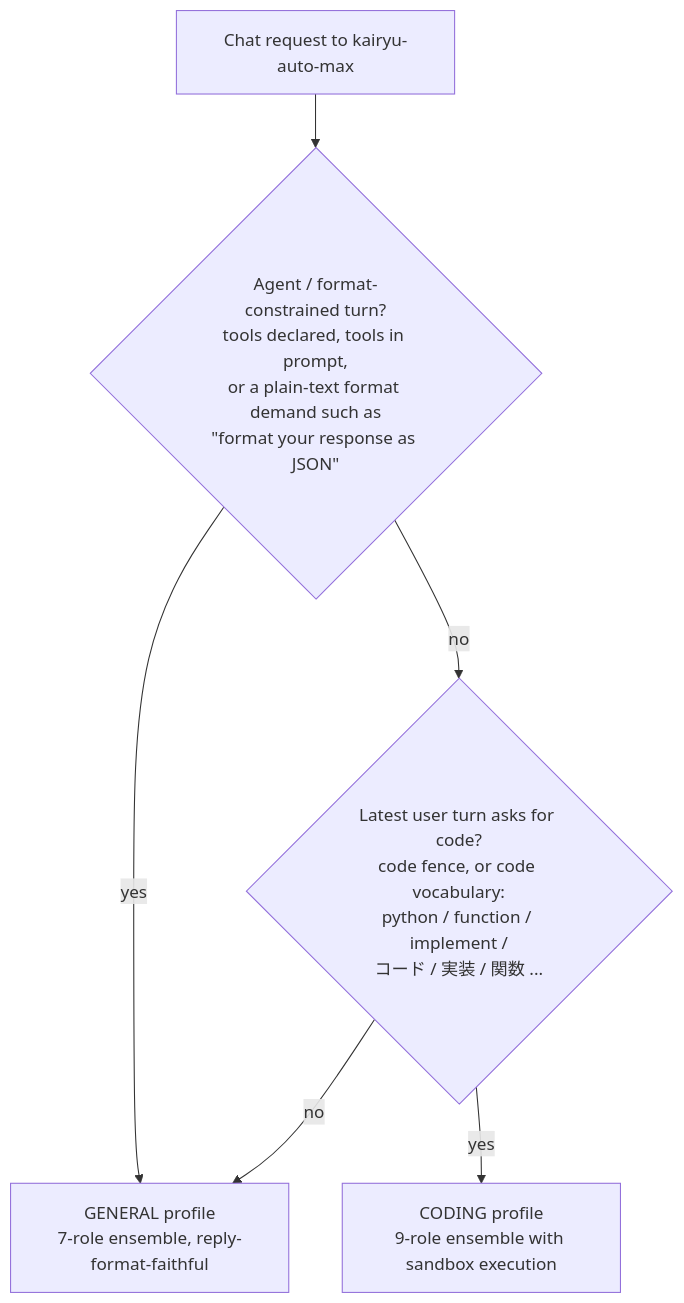
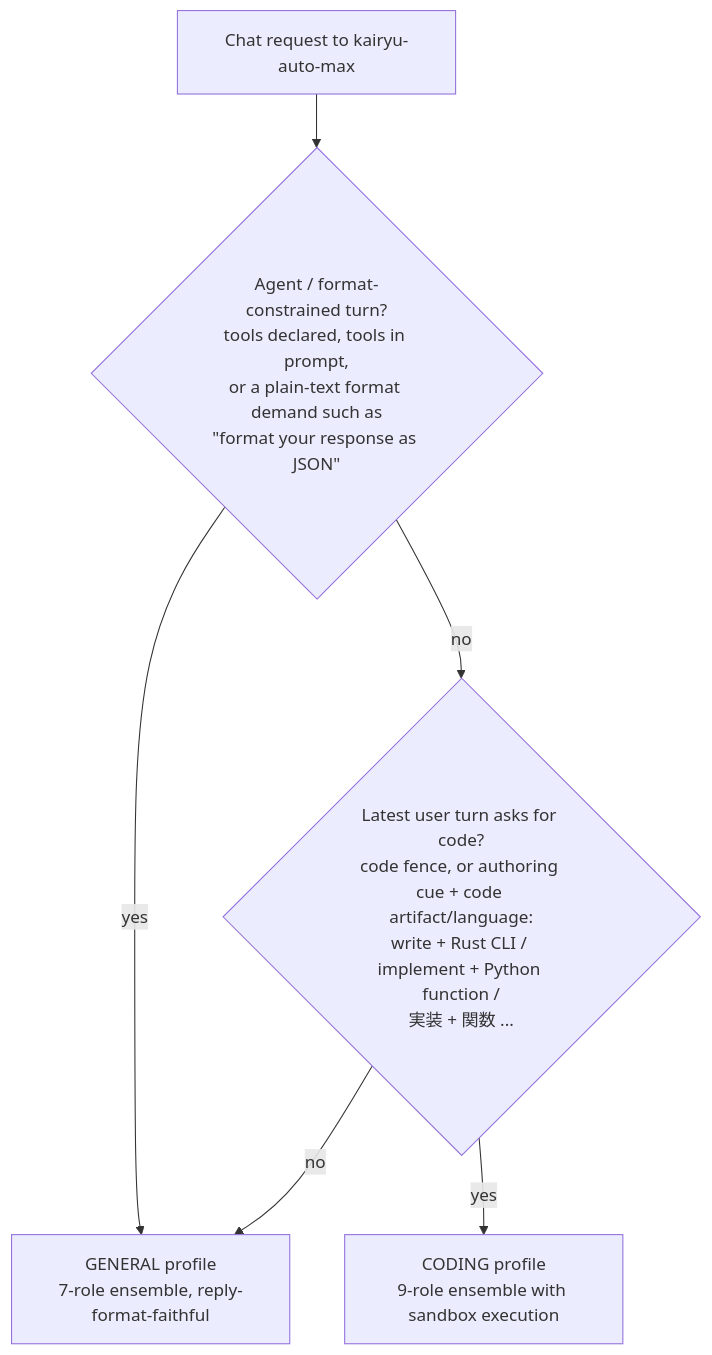
One commit to ytworks/kairyu changed the first of 3 diagrams in examples/qwen3.8-deepseek-v4-8gpu/README.md. Above: the diagram before and after it, drawn with Mermaid. The commit also changed other lines of this file and 4 other files, not shown here.

Commit message:
fix(orchestration): require explicit code authoring intent

````diff
--- a/examples/qwen3.8-deepseek-v4-8gpu/README.md
+++ b/examples/qwen3.8-deepseek-v4-8gpu/README.md
@@ -39,8 +39,8 @@
 ```mermaid
 flowchart TD
     R["Chat request to kairyu-auto-max"] --> A{"Agent / format-constrained turn?<br/>tools declared, tools in prompt,<br/>or a plain-text format demand such as<br/>&quot;format your response as JSON&quot;"}
     A -- "yes" --> G["GENERAL profile<br/>7-role ensemble, reply-format-faithful"]
-    A -- "no" --> B{"Latest user turn asks for code?<br/>code fence, or code vocabulary:<br/>python / function / implement /<br/>コード / 実装 / 関数 ..."}
+    A -- "no" --> B{"Latest user turn asks for code?<br/>code fence, or authoring cue + code artifact/language:<br/>write + Rust CLI / implement + Python function /<br/>実装 + 関数 ..."}
     B -- "yes" --> C["CODING profile<br/>9-role ensemble with sandbox execution"]
     B -- "no" --> G
 ```
````
